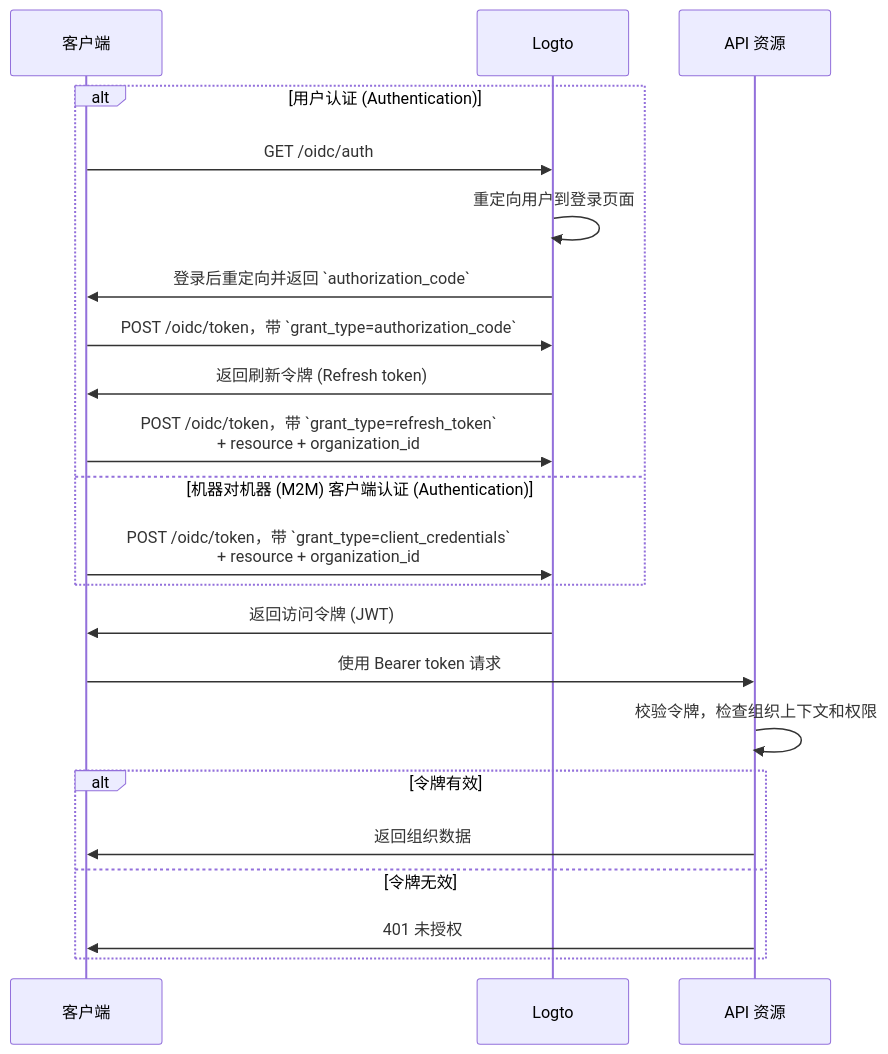
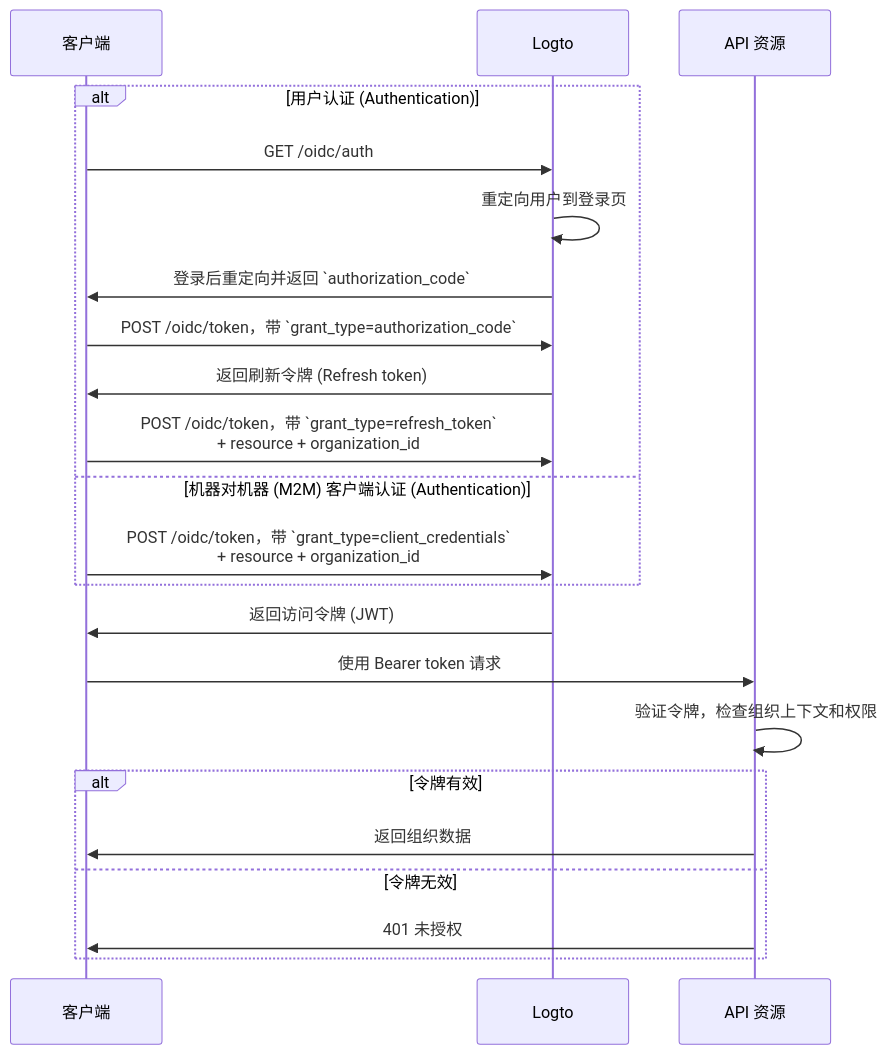
Before and after one commit to logto-io/docs: the diagram in i18n/zh-CN/docusaurus-plugin-content-docs/current/authorization/organization-level-api-resources.mdx, drawn with Mermaid. The commit also changed other lines of this file and 36 other files, not shown here.

````diff
--- a/i18n/zh-CN/docusaurus-plugin-content-docs/current/authorization/organization-level-api-resources.mdx
+++ b/i18n/zh-CN/docusaurus-plugin-content-docs/current/authorization/organization-level-api-resources.mdx
@@ -65,27 +66,27 @@
 ```mermaid
 sequenceDiagram
     participant Client as 客户端
     participant Logto
     participant API as API 资源
 
     alt 用户认证 (Authentication)
         Client->>Logto: GET /oidc/auth
-        Logto->>Logto: 重定向用户到登录页面
+        Logto->>Logto: 重定向用户到登录页
         Logto->>Client: 登录后重定向并返回 `authorization_code`
         Client->>Logto: POST /oidc/token，带 `grant_type=authorization_code`
         Logto->>Client: 返回刷新令牌 (Refresh token)
         Client->>Logto: POST /oidc/token，带 `grant_type=refresh_token`<br/>+ resource + organization_id
     else 机器对机器 (M2M) 客户端认证 (Authentication)
         Client->>Logto: POST /oidc/token，带 `grant_type=client_credentials`<br/>+ resource + organization_id
     end
 
     Logto->>Client: 返回访问令牌 (JWT)
     Client->>API: 使用 Bearer token 请求
-    API->>API: 校验令牌，检查组织上下文和权限
+    API->>API: 验证令牌，检查组织上下文和权限
 
     alt 令牌有效
       API->>Client: 返回组织数据
     else 令牌无效
       API->>Client: 401 未授权
     end
 ```
````
